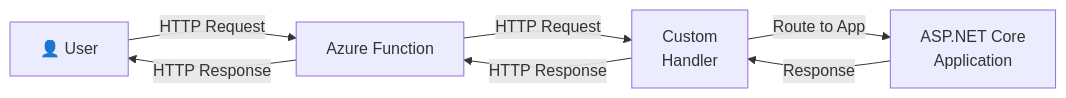
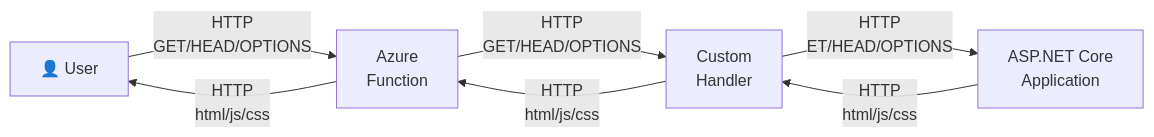
The diagram in readme.md (fleckert/azure-functions-static-file-server), drawn with Mermaid before and after one commit. The commit also changed other lines of this file, not shown here.

````diff
--- a/readme.md
+++ b/readme.md
@@ -6,14 +6,14 @@
 ```mermaid
 graph LR
     User["👤 User"]
-    Endpoint["Azure Function"]
+    Endpoint["Azure<br/>Function"]
     Handler["Custom<br/>Handler"]
     AspNet["ASP.NET Core<br/>Application"]
 
-    User -->|HTTP Request| Endpoint
-    Endpoint -->| HTTP Request| Handler
-    Handler -->|Route to App| AspNet
-    AspNet -->|Response| Handler
-    Handler -->| HTTP Response| Endpoint
-    Endpoint -->|HTTP Response| User
+    User -->|HTTP<br/>GET/HEAD/OPTIONS| Endpoint
+    Endpoint -->| HTTP<br/>GET/HEAD/OPTIONS| Handler
+    Handler -->|HTTP<br/>ET/HEAD/OPTIONS| AspNet
+    AspNet -->|HTTP<br/>html/js/css| Handler
+    Handler -->| HTTP<br/>html/js/css| Endpoint
+    Endpoint -->|HTTP<br/>html/js/css| User
 ```
````
